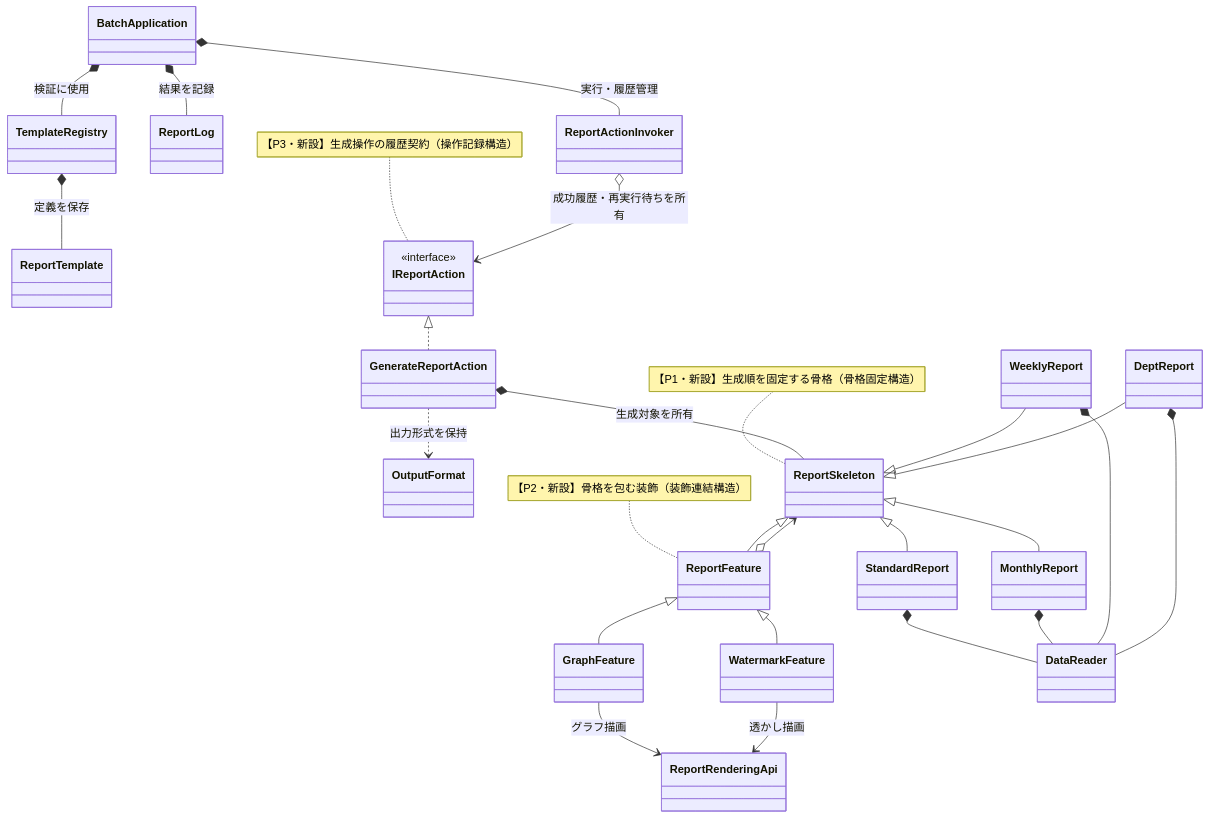
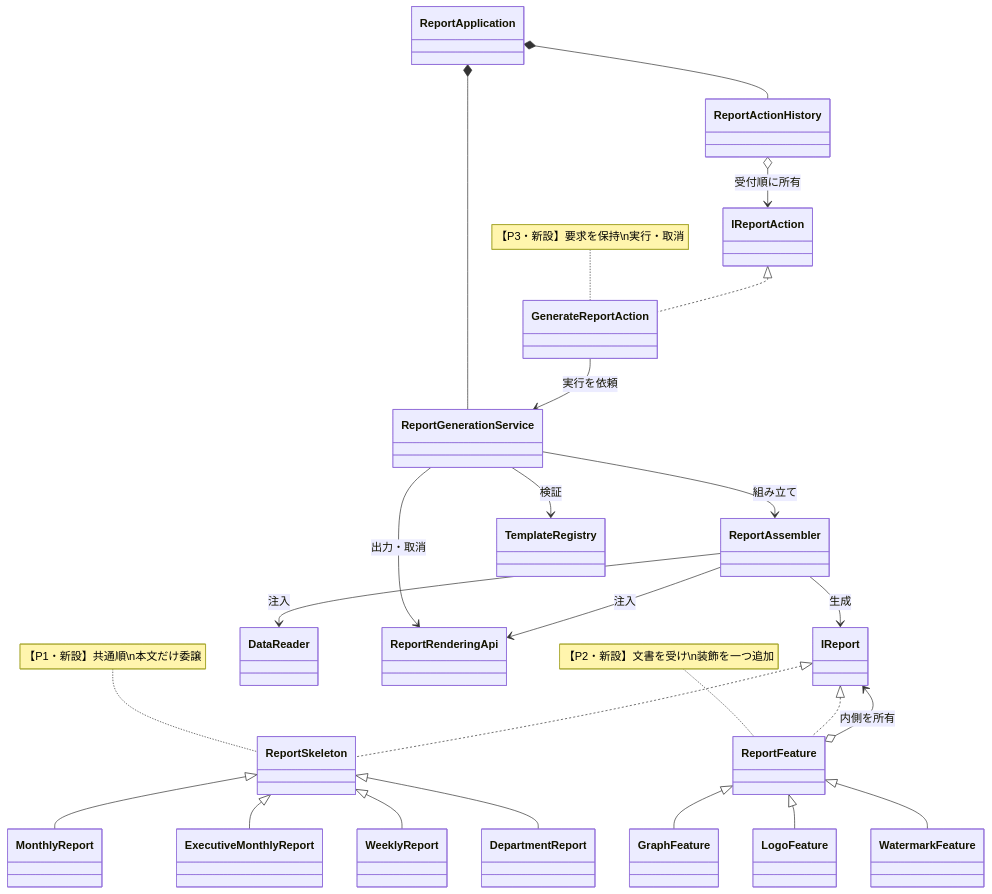
One commit to kumachan1101-pixel/DesignPattern changed the ninth of 12 diagrams in kindle/design-patterns/output/chapter11.md. Above: the diagram before and after it, drawn with Mermaid. The commit also changed other lines of this file and 23 other files, not shown here.

````diff
--- a/kindle/design-patterns/output/chapter11.md
+++ b/kindle/design-patterns/output/chapter11.md
@@ -2343,50 +1209,54 @@
 ```mermaid
 classDiagram
+    direction TB
+    class ReportApplication
+    class ReportActionHistory
+    class IReportAction
+    class GenerateReportAction
+    class ReportGenerationService
+    class ReportAssembler
+    class IReport
+    class ReportSkeleton
+    class MonthlyReport
+    class ExecutiveMonthlyReport
     class WeeklyReport
-    class DeptReport
-    class TemplateRegistry
-    class ReportTemplate
-    class ReportRenderingApi
-    class ReportLog
-    class BatchApplication
-    class OutputFormat
-    class ReportSkeleton
-    class StandardReport
-    class MonthlyReport
+    class DepartmentReport
     class ReportFeature
     class GraphFeature
+    class LogoFeature
     class WatermarkFeature
     class DataReader
-    class IReportAction { <<interface>> }
-    class GenerateReportAction
-    class ReportActionInvoker
-    ReportSkeleton <|-- StandardReport
+    class TemplateRegistry
+    class ReportRenderingApi
+
+    ReportApplication *-- ReportActionHistory
+    ReportApplication *-- ReportGenerationService
+    ReportActionHistory o--> IReportAction : 受付順に所有
+    IReportAction <|.. GenerateReportAction
+    GenerateReportAction --> ReportGenerationService : 実行を依頼
+    ReportGenerationService --> ReportAssembler : 組み立て
+    ReportGenerationService --> TemplateRegistry : 検証
+    ReportGenerationService --> ReportRenderingApi : 出力・取消
+    ReportAssembler --> DataReader : 注入
+    ReportAssembler --> ReportRenderingApi : 注入
+    ReportAssembler --> IReport : 生成
+    IReport <|.. ReportSkeleton
     ReportSkeleton <|-- MonthlyReport
-    ReportSkeleton <|-- ReportFeature
-    ReportFeature o--> ReportSkeleton
+    ReportSkeleton <|-- ExecutiveMonthlyReport
+    ReportSkeleton <|-- WeeklyReport
+    ReportSkeleton <|-- DepartmentReport
+    IReport <|.. ReportFeature
+    ReportFeature o--> IReport : 内側を所有
     ReportFeature <|-- GraphFeature
+    ReportFeature <|-- LogoFeature
     ReportFeature <|-- WatermarkFeature
-    IReportAction <|.. GenerateReportAction
-    GenerateReportAction *-- ReportSkeleton : 生成対象を所有
-    GenerateReportAction ..> OutputFormat : 出力形式を保持
-    ReportActionInvoker o--> IReportAction : 成功履歴・再実行待ちを所有
-    WeeklyReport --|> ReportSkeleton
-    DeptReport --|> ReportSkeleton
-    StandardReport *-- DataReader
-    MonthlyReport *-- DataReader
-    WeeklyReport *-- DataReader
-    DeptReport *-- DataReader
-    GraphFeature --> ReportRenderingApi : グラフ描画
-    WatermarkFeature --> ReportRenderingApi : 透かし描画
-    BatchApplication *-- TemplateRegistry : 検証に使用
-    TemplateRegistry *-- ReportTemplate : 定義を保存
-    BatchApplication *-- ReportLog : 結果を記録
-    BatchApplication *-- ReportActionInvoker : 実行・履歴管理
 
-    note for ReportSkeleton "【P1・新設】生成順を固定する骨格（骨格固定構造）"
-    note for ReportFeature "【P2・新設】骨格を包む装飾（装飾連結構造）"
-    note for IReportAction "【P3・新設】生成操作の履歴契約（操作記録構造）"
+    note for ReportSkeleton "【P1・新設】共通順\n本文だけ委譲"
+    note for ReportFeature "【P2・新設】文書を受け\n装飾を一つ追加"
+    note for GenerateReportAction "【P3・新設】要求を保持\n実行・取消"
 
-    classDef focus fill:#FFF2CC,stroke:#D6B656,stroke-width:2px,color:#222222
-    cssClass "ReportSkeleton,StandardReport,MonthlyReport,ReportFeature,GraphFeature,WatermarkFeature,IReportAction,GenerateReportAction,ReportActionInvoker" focus
+    classDef focus fill:#FFF2CC,stroke:#D6B656,stroke-width:2px,color:#222
+    classDef stable fill:#DDEBF7,stroke:#5B9BD5,stroke-width:1.5px,color:#222
+    cssClass "ReportApplication,ReportActionHistory,IReportAction,GenerateReportAction,ReportGenerationService,ReportAssembler,IReport,ReportSkeleton,MonthlyReport,ExecutiveMonthlyReport,WeeklyReport,DepartmentReport,ReportFeature,GraphFeature,LogoFeature,WatermarkFeature" focus
+    cssClass "DataReader,TemplateRegistry,ReportRenderingApi" stable
 ```
````
